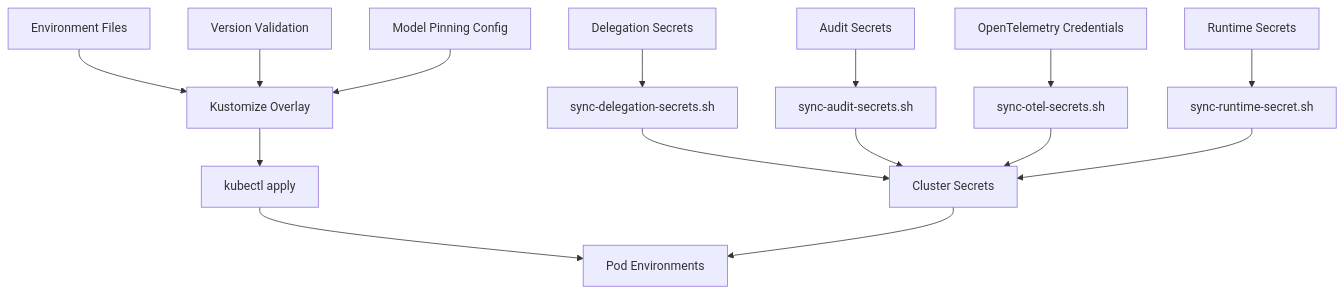
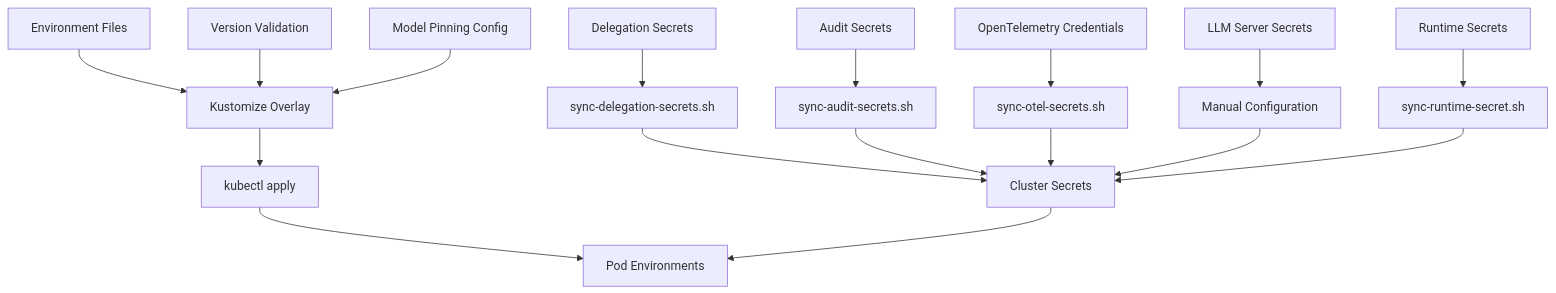
The fifth of 12 diagrams in .qoder/repowiki/en/content/Deployment and Operations/Deployment and Operations.md (metasync/luban-aiops), drawn with Mermaid before and after one commit. The commit also changed other lines of this file and 16 other files, not shown here.

````diff
--- a/.qoder/repowiki/en/content/Deployment and Operations/Deployment and Operations.md
+++ b/.qoder/repowiki/en/content/Deployment and Operations/Deployment and Operations.md
@@ -423,17 +454,19 @@
 ```mermaid
 flowchart TD
 EnvFiles["Environment Files"] --> Overlay["Kustomize Overlay"]
 Secrets["Runtime Secrets"] --> SecretSync["sync-runtime-secret.sh"]
 DelegationSecrets["Delegation Secrets"] --> DelegationSync["sync-delegation-secrets.sh"]
 AuditSecrets["Audit Secrets"] --> AuditSync["sync-audit-secrets.sh"]
 OTELSecrets["OpenTelemetry Credentials"] --> OTESync["sync-otel-secrets.sh"]
+LLMSecrets["LLM Server Secrets"] --> LLMSync["Manual Configuration"]
 VersionCheck["Version Validation"] --> Overlay
 ModelPinning["Model Pinning Config"] --> Overlay
 DelegationSync --> K8sSecrets["Cluster Secrets"]
 AuditSync --> K8sSecrets
 OTESync --> K8sSecrets
+LLMSync --> K8sSecrets
 SecretSync --> K8sSecrets
 Overlay --> K8sApply["kubectl apply"]
 K8sApply --> Pods["Pod Environments"]
 K8sSecrets --> Pods
 ```
````
